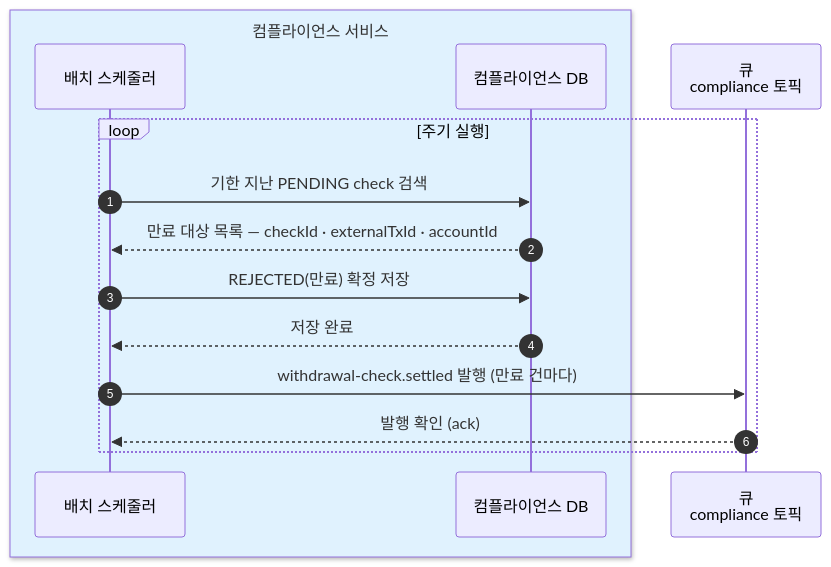
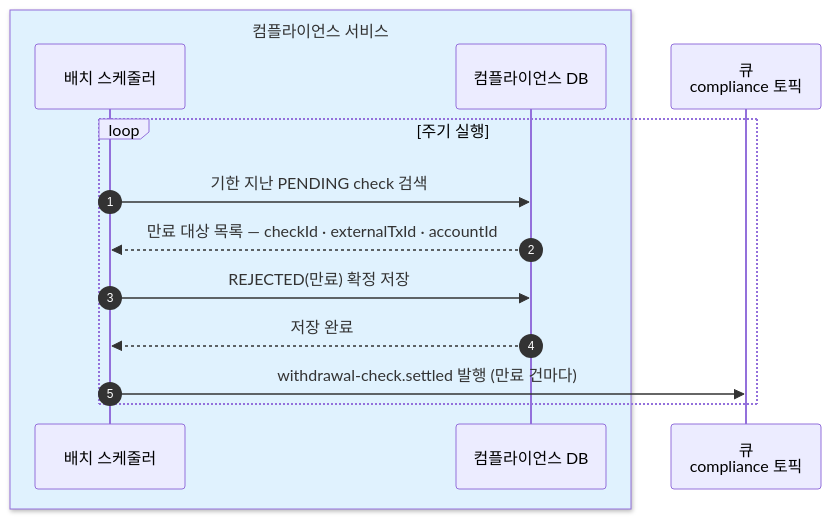
Before and after one commit to eunsujeo/eunpus: the second of 4 diagrams in blockchain-manager/docs/컴플라이언스/설계/01-interface.md, drawn with Mermaid. The commit also changed other lines of this file and 10 other files, not shown here.

````diff
--- a/blockchain-manager/docs/컴플라이언스/설계/01-interface.md
+++ b/blockchain-manager/docs/컴플라이언스/설계/01-interface.md
@@ -85,18 +86,17 @@
 ```mermaid
 sequenceDiagram
     autonumber
     box rgb(224,242,254) 컴플라이언스 서비스
     participant SCH as 배치 스케줄러
     participant DB as 컴플라이언스 DB
     end
     participant MQ as 큐<br/>compliance 토픽
 
     loop 주기 실행
         SCH->>DB: 기한 지난 PENDING check 검색
         DB-->>SCH: 만료 대상 목록 — checkId · externalTxId · accountId
         SCH->>DB: REJECTED(만료) 확정 저장
         DB-->>SCH: 저장 완료
         SCH->>MQ: withdrawal-check.settled 발행 (만료 건마다)
-        MQ-->>SCH: 발행 확인 (ack)
     end
 ```
````
